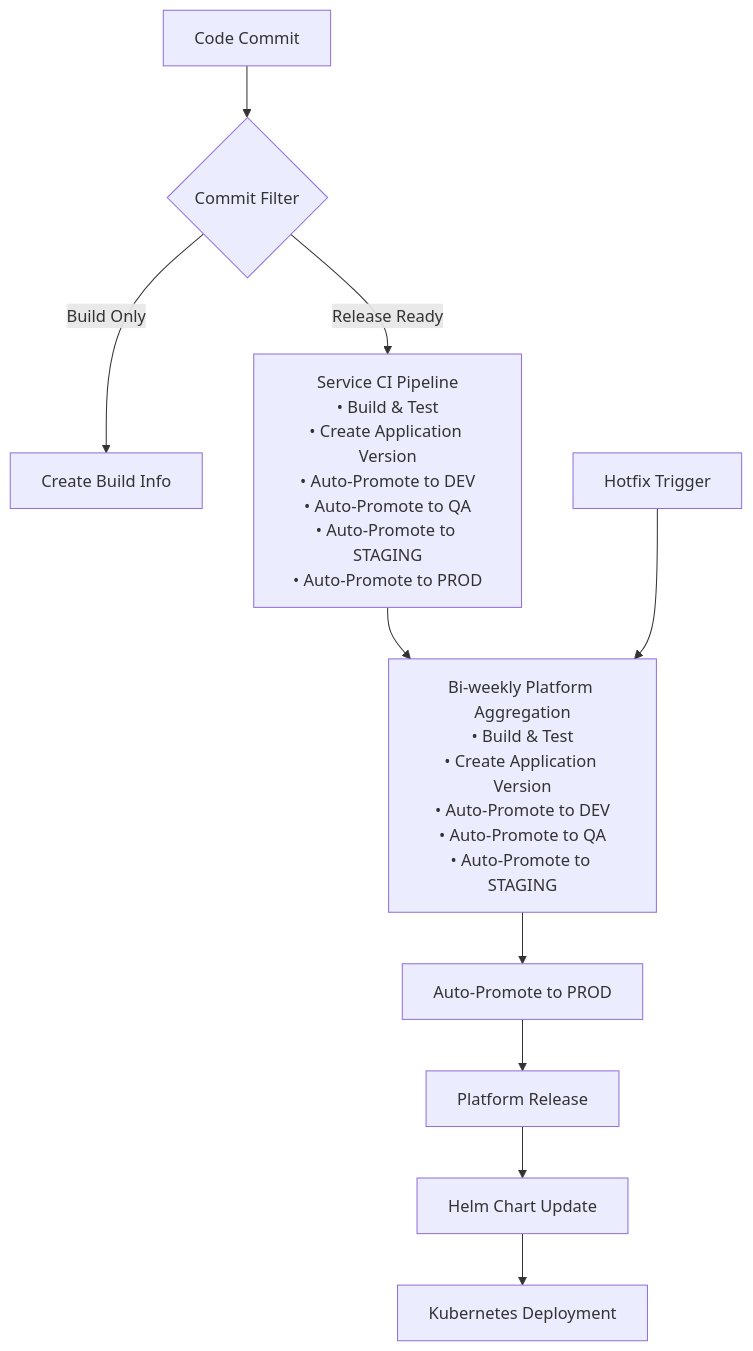
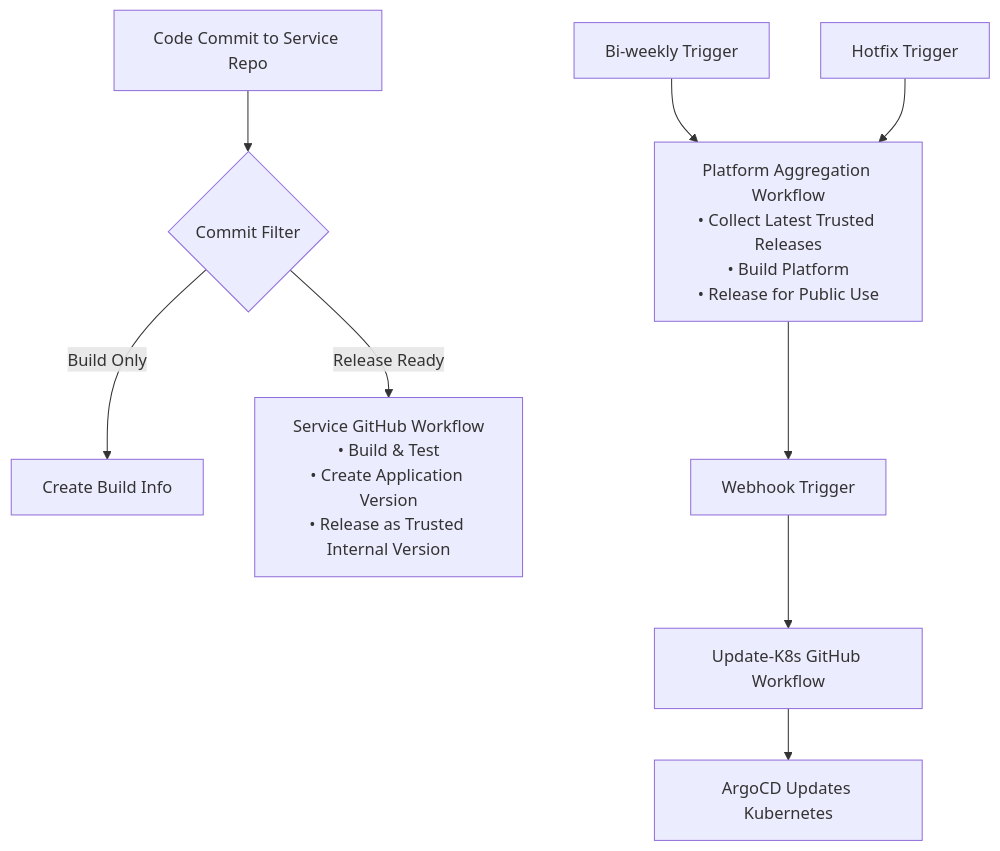
The diagram in docs/CICD_DEPLOYMENT_GUIDE.md (yonatanp-jfrog/bookverse-demo-init), drawn with Mermaid before and after one commit. The commit also changed other lines of this file, not shown here.

First line of the commit message:
docs: fix CI/CD process descriptions to match actual architecture

````diff
--- a/docs/CICD_DEPLOYMENT_GUIDE.md
+++ b/docs/CICD_DEPLOYMENT_GUIDE.md
@@ -58,13 +58,13 @@
 ```mermaid
 graph TD
-    A[Code Commit] --> B{Commit Filter}
+    A[Code Commit to Service Repo] --> B{Commit Filter}
     B -->|Build Only| C[Create Build Info]
-    B -->|Release Ready| D[Service CI Pipeline<br/>• Build & Test<br/>• Create Application Version<br/>• Auto-Promote to DEV<br/>• Auto-Promote to QA<br/>• Auto-Promote to STAGING<br/>• Auto-Promote to PROD]
-    D --> E[Bi-weekly Platform Aggregation<br/>• Build & Test<br/>• Create Application Version<br/>• Auto-Promote to DEV<br/>• Auto-Promote to QA<br/>• Auto-Promote to STAGING]
-    E --> F[Auto-Promote to PROD]
-    F --> G[Platform Release]
-    G --> H[Helm Chart Update]
-    H --> I[Kubernetes Deployment]
+    B -->|Release Ready| D[Service GitHub Workflow<br/>• Build & Test<br/>• Create Application Version<br/>• Release as Trusted Internal Version]
     
-    J[Hotfix Trigger] --> E
+    E[Bi-weekly Trigger] --> F[Platform Aggregation Workflow<br/>• Collect Latest Trusted Releases<br/>• Build Platform<br/>• Release for Public Use]
+    F --> G[Webhook Trigger]
+    G --> H[Update-K8s GitHub Workflow]
+    H --> I[ArgoCD Updates Kubernetes]
+    
+    J[Hotfix Trigger] --> F
 ```
````
